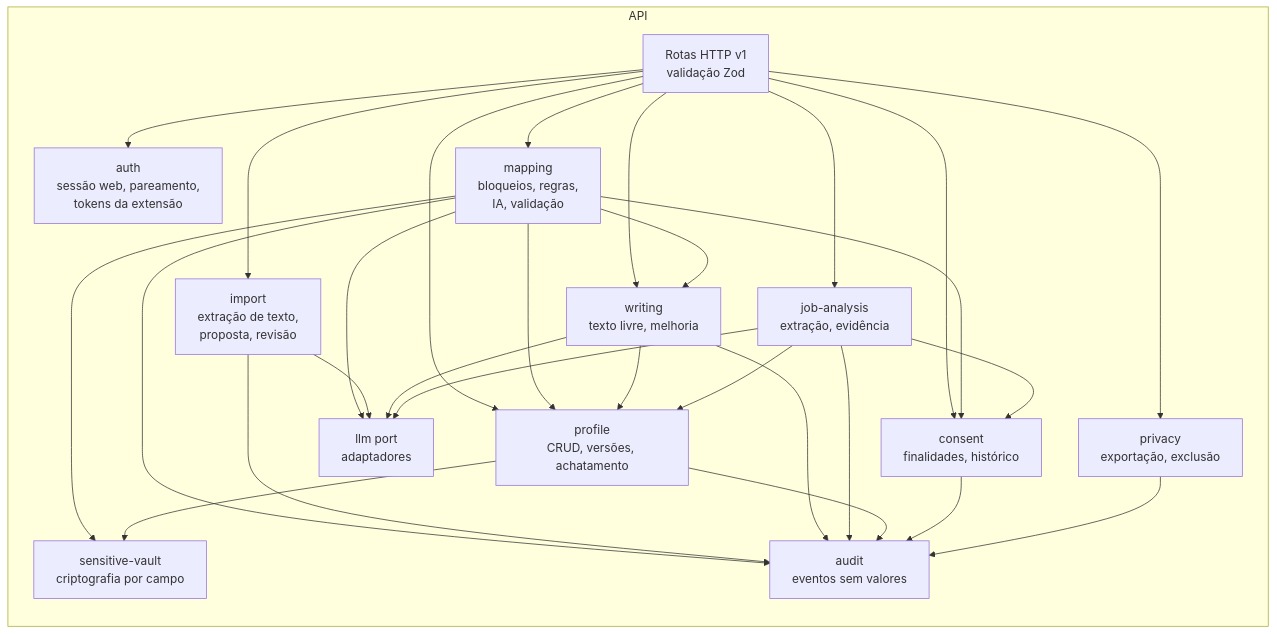
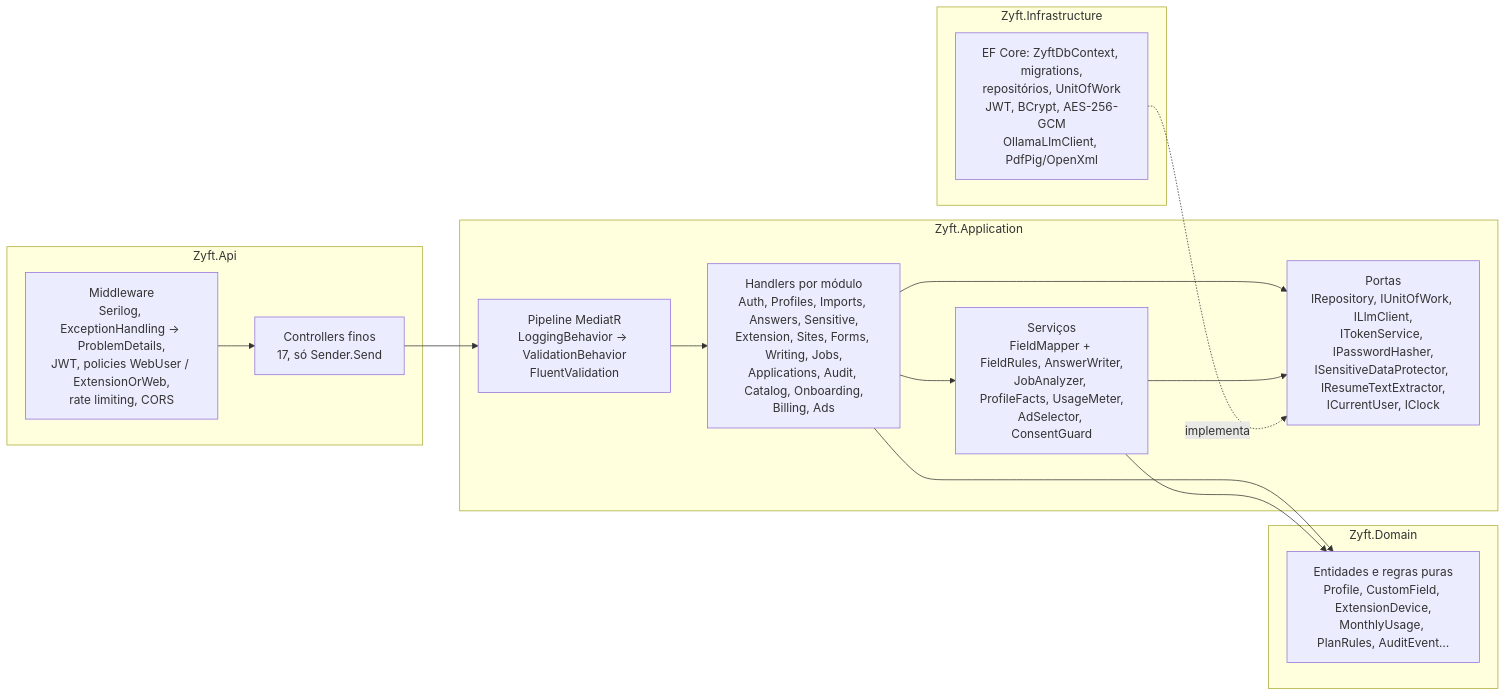
Before and after one commit to Ranchoneetoo26/ZIFY: the third of 9 diagrams in docs/03-arquitetura/dat.md, drawn with Mermaid. The commit also changed other lines of this file and 21 other files, not shown here.

````diff
--- a/docs/03-arquitetura/dat.md
+++ b/docs/03-arquitetura/dat.md
@@ -164,24 +175,23 @@
 ```mermaid
 flowchart LR
-  subgraph API
-    R[Rotas HTTP v1<br/>validação Zod]
-    AUTH[auth<br/>sessão web, pareamento,<br/>tokens da extensão]
-    PROF[profile<br/>CRUD, versões, achatamento]
-    IMP[import<br/>extração de texto,<br/>proposta, revisão]
-    MAP[mapping<br/>bloqueios, regras,<br/>IA, validação]
-    WR[writing<br/>texto livre, melhoria]
-    JOB[job-analysis<br/>extração, evidência]
-    CON[consent<br/>finalidades, histórico]
-    AUD[audit<br/>eventos sem valores]
-    PRIV[privacy<br/>exportação, exclusão]
-    SENS[sensitive-vault<br/>criptografia por campo]
-    LLMP[llm port<br/>adaptadores]
+  subgraph Zyft.Api
+    MW[Middleware<br/>Serilog, ExceptionHandling → ProblemDetails,<br/>JWT, policies WebUser / ExtensionOrWeb,<br/>rate limiting, CORS]
+    CTRL[Controllers finos<br/>17, só Sender.Send]
   end
-  R --> AUTH & PROF & IMP & MAP & WR & JOB & CON & PRIV
-  MAP --> PROF & WR & LLMP & CON & SENS
-  IMP --> LLMP
-  WR --> LLMP & PROF
-  JOB --> LLMP & PROF & CON
-  PROF --> SENS
-  MAP & IMP & WR & JOB & PROF & CON & PRIV --> AUD
+  subgraph Zyft.Application
+    PIPE[Pipeline MediatR<br/>LoggingBehavior → ValidationBehavior<br/>FluentValidation]
+    H[Handlers por módulo<br/>Auth, Profiles, Imports, Answers, Sensitive,<br/>Extension, Sites, Forms, Writing, Jobs,<br/>Applications, Audit, Catalog, Onboarding,<br/>Billing, Ads]
+    SVC[Serviços<br/>FieldMapper + FieldRules, AnswerWriter,<br/>JobAnalyzer, ProfileFacts, UsageMeter,<br/>AdSelector, ConsentGuard]
+    PORTS[Portas<br/>IRepository, IUnitOfWork, ILlmClient,<br/>ITokenService, IPasswordHasher,<br/>ISensitiveDataProtector, IResumeTextExtractor,<br/>ICurrentUser, IClock]
+  end
+  subgraph Zyft.Domain
+    DOM[Entidades e regras puras<br/>Profile, CustomField, ExtensionDevice,<br/>MonthlyUsage, PlanRules, AuditEvent…]
+  end
+  subgraph Zyft.Infrastructure
+    INF[EF Core: ZyftDbContext, migrations,<br/>repositórios, UnitOfWork<br/>JWT, BCrypt, AES-256-GCM<br/>OllamaLlmClient, PdfPig/OpenXml]
+  end
+  MW --> CTRL --> PIPE --> H
+  H --> SVC & DOM & PORTS
+  SVC --> DOM & PORTS
+  INF -. implementa .-> PORTS
 ```
````
